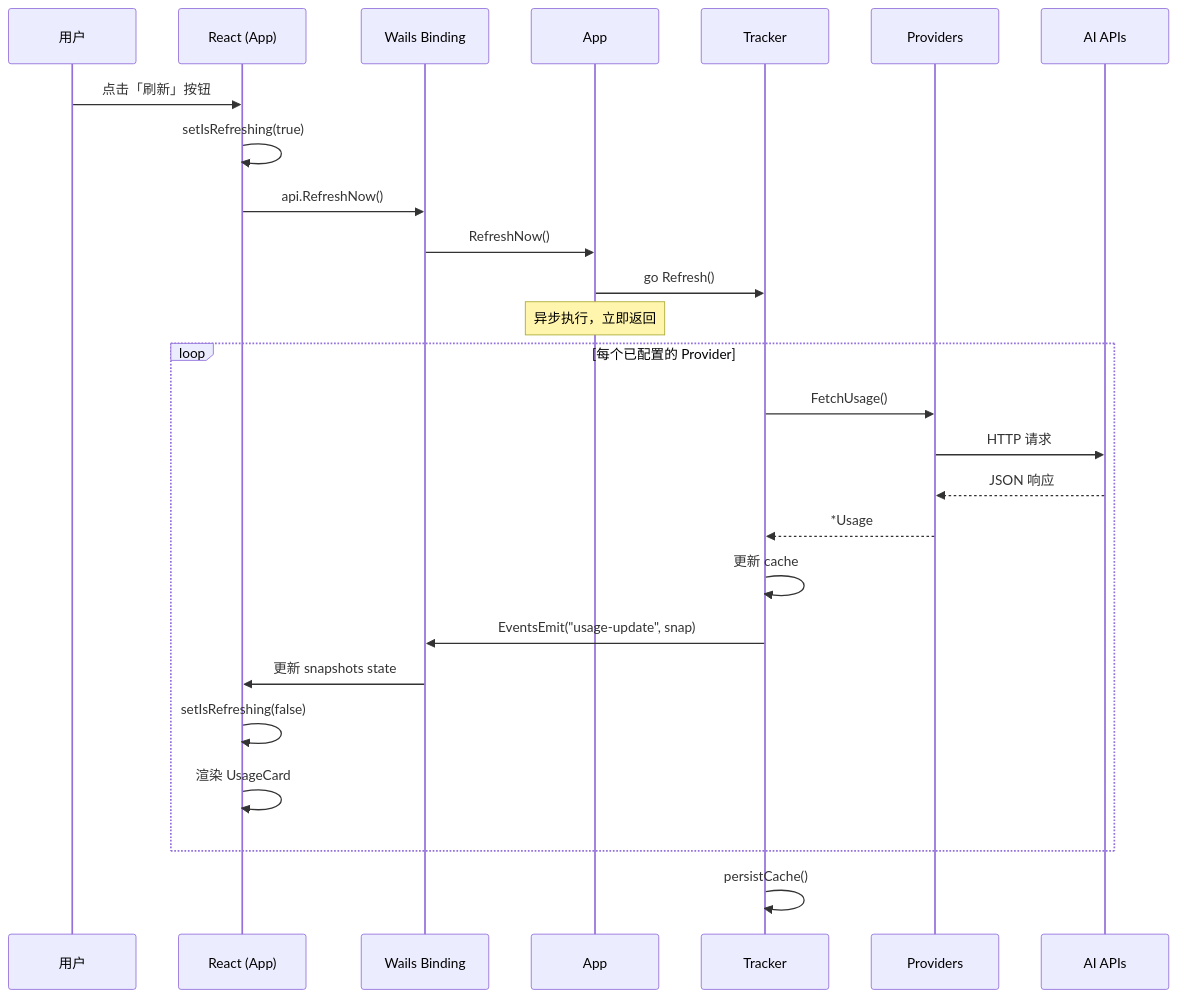
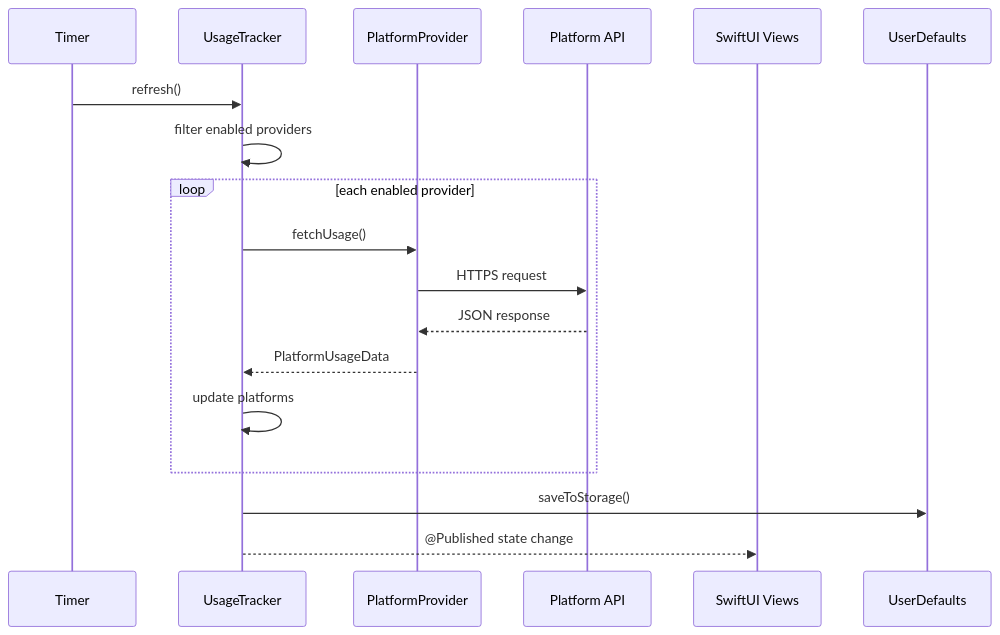
Before and after one commit to wayyoungboy/code_bar: the fourth of 6 diagrams in docs/uml-diagrams.md, drawn with Mermaid. The commit also changed other lines of this file and 5 other files, not shown here.

````diff
--- a/docs/uml-diagrams.md
+++ b/docs/uml-diagrams.md
@@ -399,31 +118,21 @@
 ```mermaid
 sequenceDiagram
-    participant U as 用户
-    participant FE as React (App)
-    participant W as Wails Binding
-    participant A as App
-    participant T as Tracker
-    participant P as Providers
-    participant API as AI APIs
+    participant Timer
+    participant Tracker as UsageTracker
+    participant Provider as PlatformProvider
+    participant API as Platform API
+    participant UI as SwiftUI Views
+    participant Cache as UserDefaults
 
-    U->>FE: 点击「刷新」按钮
-    FE->>FE: setIsRefreshing(true)
-    FE->>W: api.RefreshNow()
-    W->>A: RefreshNow()
-    A->>T: go Refresh()
-    Note over A: 异步执行，立即返回
-
-    loop 每个已配置的 Provider
-        T->>P: FetchUsage()
-        P->>API: HTTP 请求
-        API-->>P: JSON 响应
-        P-->>T: *Usage
-        T->>T: 更新 cache
-        T->>W: EventsEmit("usage-update", snap)
-        W->>FE: 更新 snapshots state
-        FE->>FE: setIsRefreshing(false)
-        FE->>FE: 渲染 UsageCard
+    Timer->>Tracker: refresh()
+    Tracker->>Tracker: filter enabled providers
+    loop each enabled provider
+        Tracker->>Provider: fetchUsage()
+        Provider->>API: HTTPS request
+        API-->>Provider: JSON response
+        Provider-->>Tracker: PlatformUsageData
+        Tracker->>Tracker: update platforms
     end
-
-    T->>T: persistCache()
+    Tracker->>Cache: saveToStorage()
+    Tracker-->>UI: @Published state change
 ```
````
